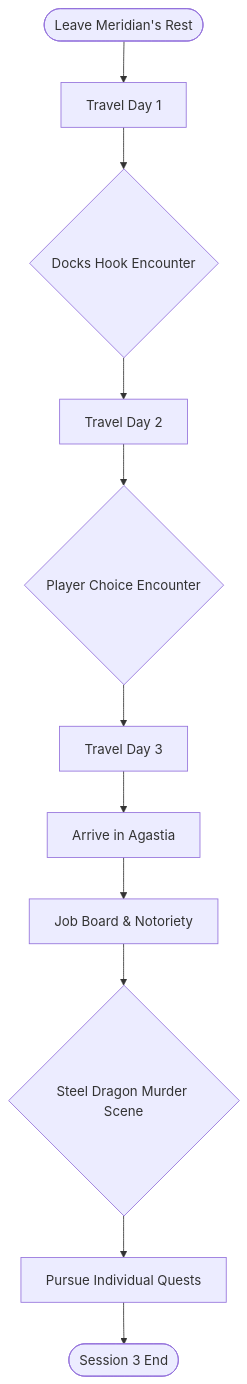
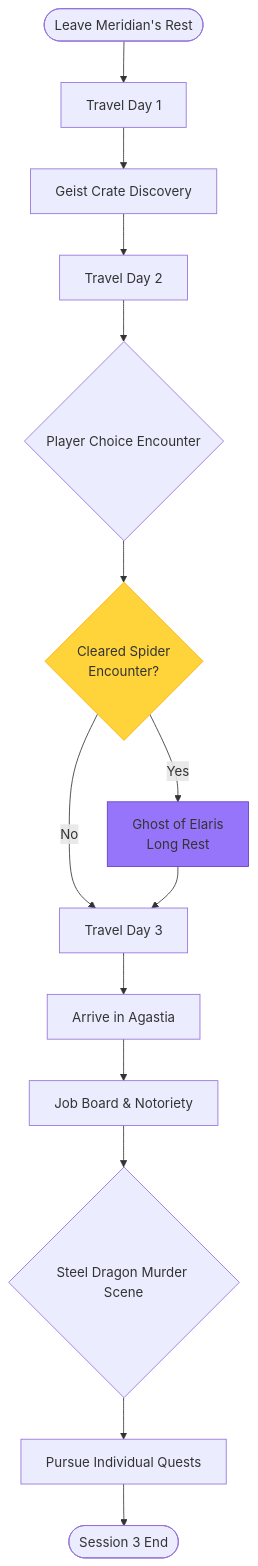
Before and after one commit to Skyreach/agastia-campaign: the first of 2 diagrams in Sessions/Session_3_The_Steel_Dragon_Begins.md, drawn with Mermaid. The commit also changed other lines of this file and 7 other files, not shown here.

````diff
--- a/Sessions/Session_3_The_Steel_Dragon_Begins.md
+++ b/Sessions/Session_3_The_Steel_Dragon_Begins.md
@@ -16,13 +16,19 @@
 ```mermaid
 graph TD
     Start([Leave Meridian's Rest]) --> Travel1[Travel Day 1]
-    Travel1 --> Encounter1{Docks Hook Encounter}
+    Travel1 --> Encounter1[Geist Crate Discovery]
     Encounter1 --> Travel2[Travel Day 2]
     Travel2 --> Encounter2{Player Choice Encounter}
-    Encounter2 --> Travel3[Travel Day 3]
+    Encounter2 --> SpiderCheck{Cleared Spider<br/>Encounter?}
+    SpiderCheck -->|Yes| GhostRest[Ghost of Elaris<br/>Long Rest]
+    SpiderCheck -->|No| Travel3[Travel Day 3]
+    GhostRest --> Travel3
     Travel3 --> Agastia[Arrive in Agastia]
     Agastia --> JobBoard[Job Board & Notoriety]
     JobBoard --> MurderScene{Steel Dragon Murder Scene}
     MurderScene --> PlayerQuests[Pursue Individual Quests]
     PlayerQuests --> End([Session 3 End])
+
+    style SpiderCheck fill:#ffd43b,stroke:#fab005
+    style GhostRest fill:#9775fa,stroke:#5f3dc4
 ```
````
